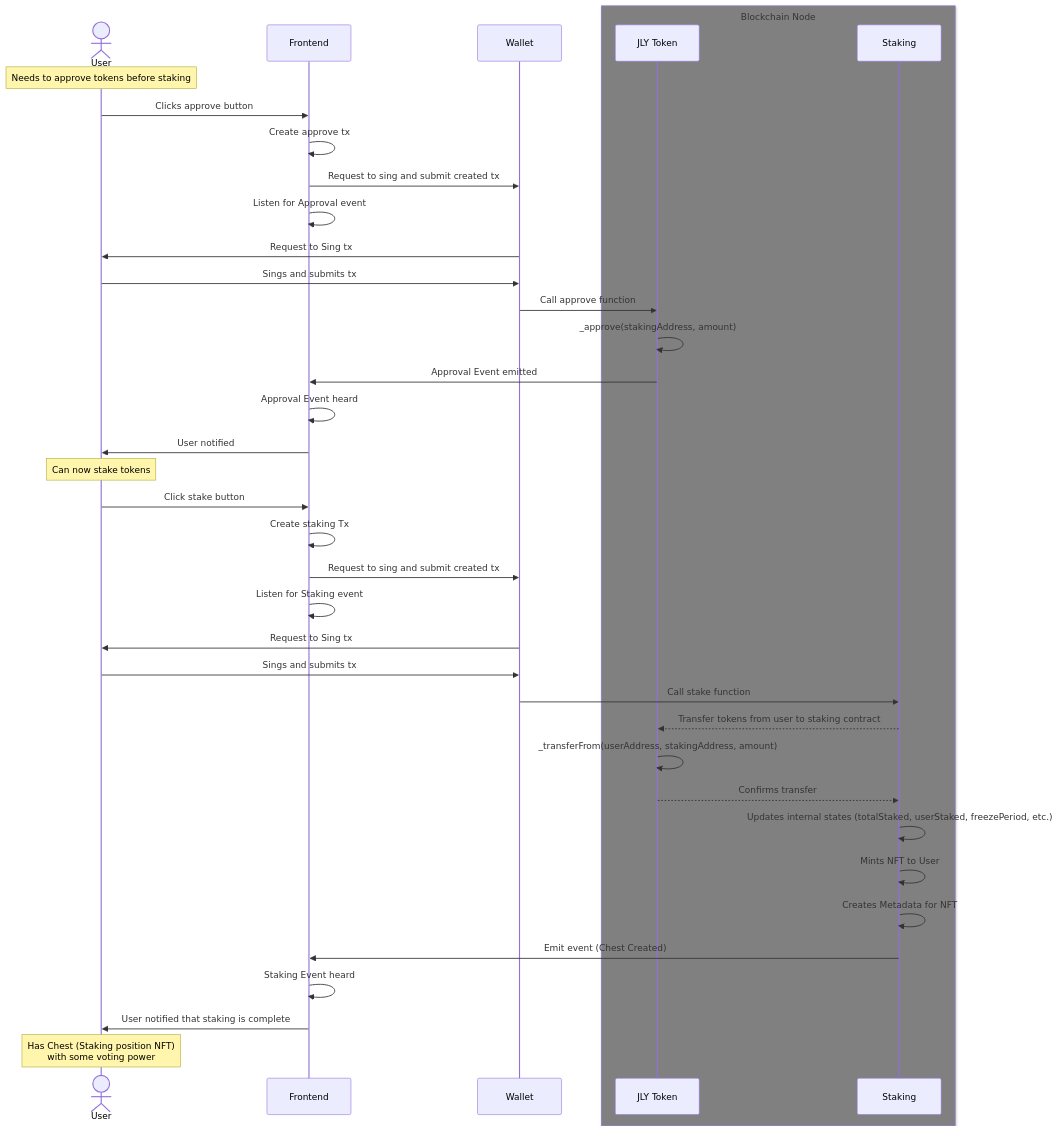
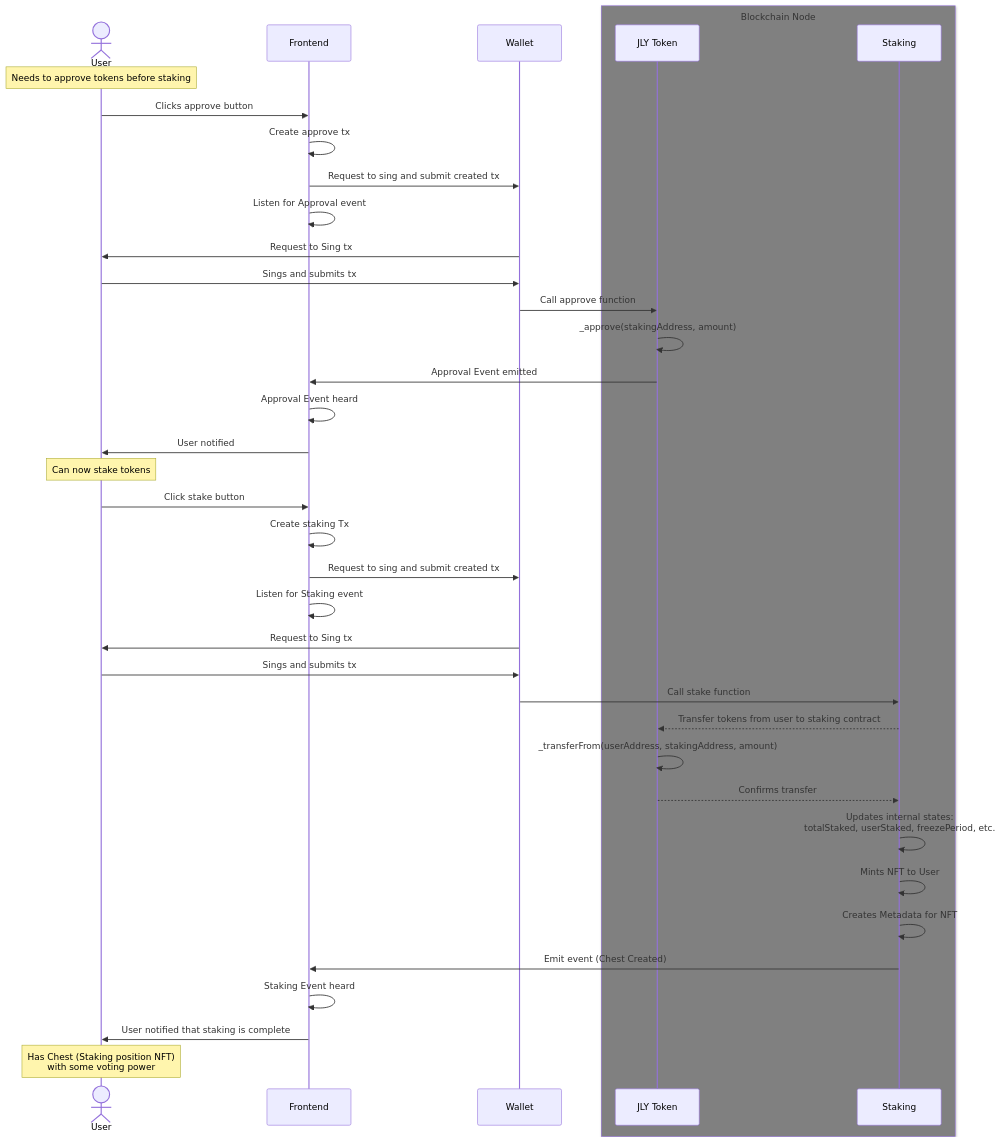
The second of 6 diagrams in docs/StakingUml.md (omahs/jelly-verse-contracts), drawn with Mermaid before and after one commit. The commit also changed other lines of this file, not shown here.

````diff
--- a/docs/StakingUml.md
+++ b/docs/StakingUml.md
@@ -42,40 +42,40 @@
 ```mermaid
 sequenceDiagram
     actor A as User
     participant B as Frontend
     participant C as Wallet
     box Gray Blockchain Node 
     participant D as JLY Token
     participant E as Staking
     end
     Note over A: Needs to approve tokens before staking
     A->>B: Clicks approve button
     B->>B: Create approve tx 
     B->>C: Request to sing and submit created tx
     B->>B: Listen for Approval event
     C->>A: Request to Sing tx
     A->>C: Sings and submits tx
     C->>D: Call approve function
     D->>D: _approve(stakingAddress, amount)
     D->>B: Approval Event emitted
     B->>B: Approval Event heard
     B->>A: User notified
     Note over A: Can now stake tokens
     A->>B: Click stake button
     B->>B: Create staking Tx
     B->>C: Request to sing and submit created tx
     B->>B: Listen for Staking event
     C->>A: Request to Sing tx
     A->>C: Sings and submits tx
     C->>E: Call stake function
     E-->>D: Transfer tokens from user to staking contract
     D->>D: _transferFrom(userAddress, stakingAddress, amount)
     D-->>E: Confirms transfer
-    E->>E: Updates internal states (totalStaked, userStaked, freezePeriod, etc.)
+    E->>E: Updates internal states: <br/> totalStaked, userStaked, freezePeriod, etc.
     E->>E: Mints NFT to User
     E->>E: Creates Metadata for NFT
     E->>B: Emit event (Chest Created)
     B->>B: Staking Event heard
     B->>A: User notified that staking  is complete
     Note over A: Has Chest (Staking position NFT) <br/>with some voting power
 ```
````
